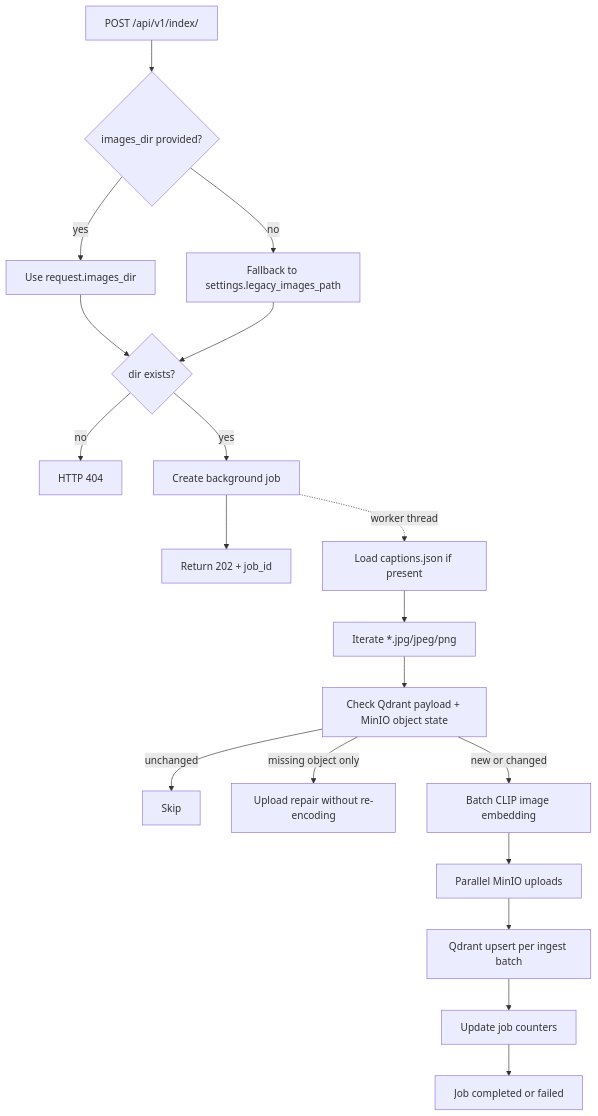
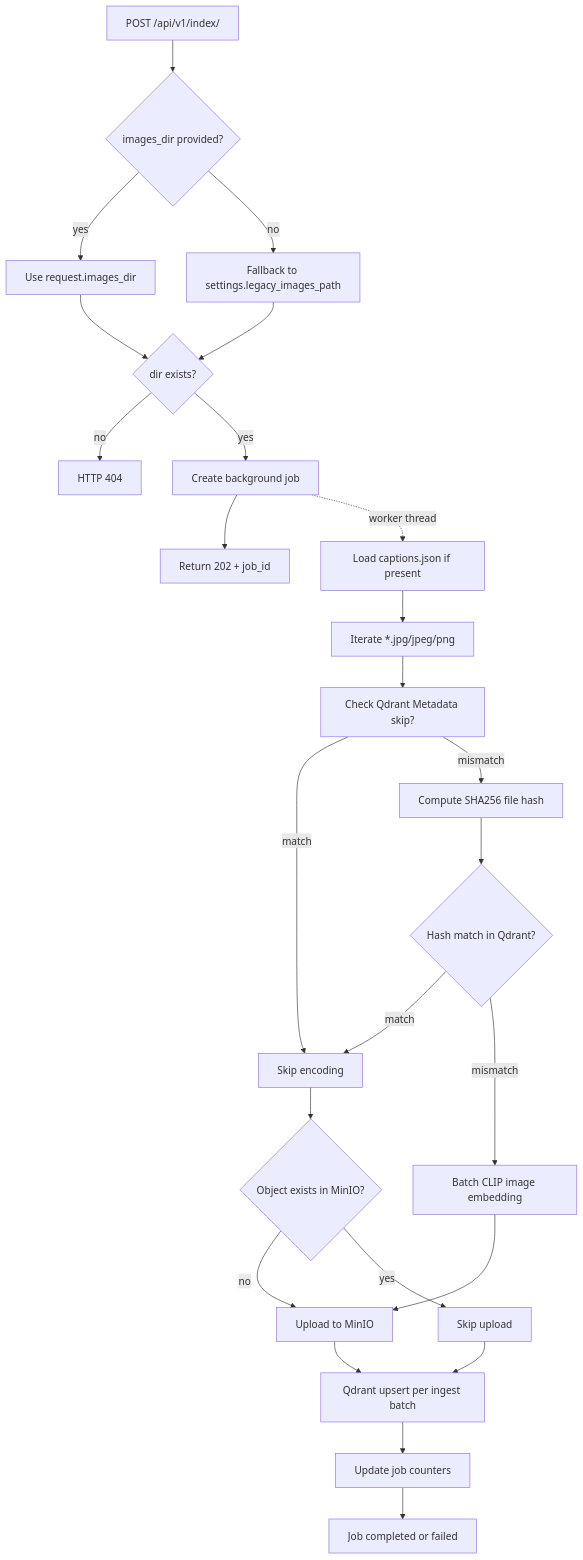
One commit to awun0105/CLIP-Image-Retrieval-Gradio-App changed the fourth of 10 diagrams in docs/data-flow.md. Above: the diagram before and after it, drawn with Mermaid. The commit also changed other lines of this file and 2 other files, not shown here.

Commit message:
docs: sync technical documentation with V2 implementation details
- Added Inference Gating (prioritize search over indexing) to architecture and data flow docs
- Detailed Incremental Indexing pipeline (Metadata + SHA256 check) in flowcharts
- Updated Vietnamese documentation to match English version
- Refined component roles to reflect latest Pydantic and DI changes

````diff
--- a/docs/data-flow.md
+++ b/docs/data-flow.md
@@ -134,21 +136,27 @@
 ```mermaid
 flowchart TD
     A[POST /api/v1/index/] --> B{images_dir provided?}
     B -- yes --> C[Use request.images_dir]
     B -- no --> D[Fallback to settings.legacy_images_path]
     C --> E{dir exists?}
     D --> E
     E -- no --> F[HTTP 404]
     E -- yes --> R[Create background job]
     R --> S[Return 202 + job_id]
     R -. worker thread .-> G[Load captions.json if present]
     G --> H[Iterate *.jpg/jpeg/png]
-    H --> I[Check Qdrant payload + MinIO object state]
-    I -- unchanged --> J[Skip]
-    I -- missing object only --> K[Upload repair without re-encoding]
-    I -- new or changed --> L[Batch CLIP image embedding]
-    L --> M[Parallel MinIO uploads]
-    M --> N[Qdrant upsert per ingest batch]
-    N --> O[Update job counters]
-    O --> P[Job completed or failed]
+    H --> I[Check Qdrant Metadata skip?]
+    I -- match --> J[Skip encoding]
+    I -- mismatch --> K[Compute SHA256 file hash]
+    K --> L{Hash match in Qdrant?}
+    L -- match --> J
+    L -- mismatch --> M[Batch CLIP image embedding]
+    J --> N{Object exists in MinIO?}
+    N -- no --> O[Upload to MinIO]
+    N -- yes --> P[Skip upload]
+    M --> O
+    O --> Q[Qdrant upsert per ingest batch]
+    P --> Q
+    Q --> T[Update job counters]
+    T --> U[Job completed or failed]
 ```
````
